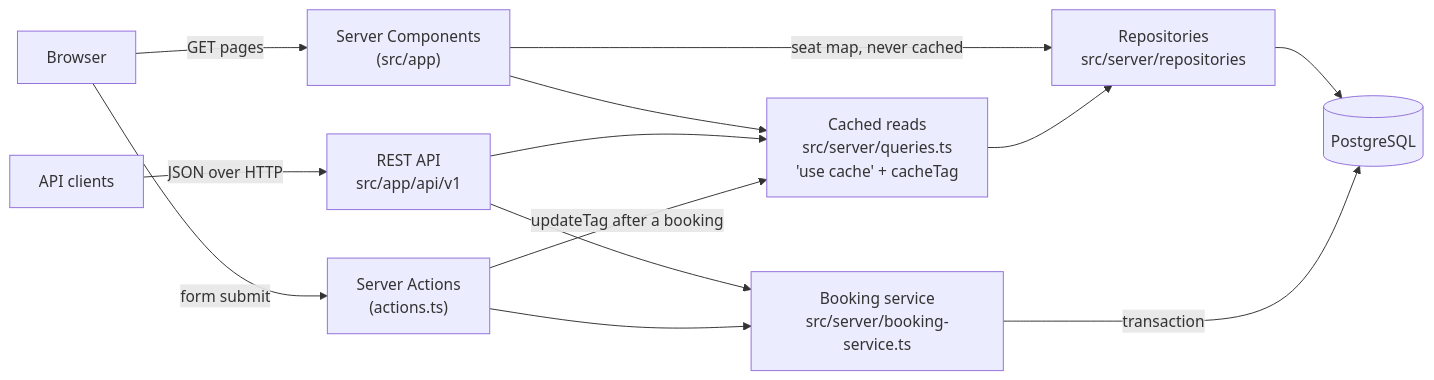
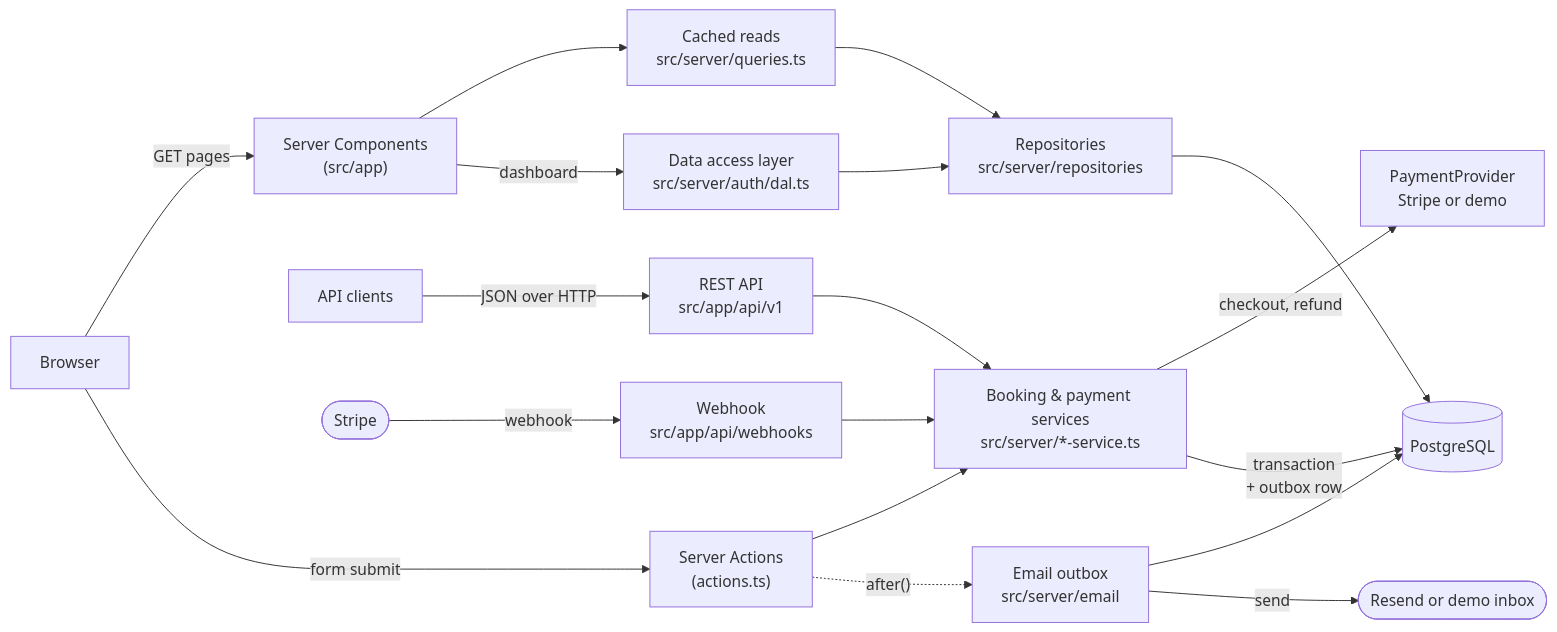
One commit to aliaksandr-yanchuk/event-booking-saas changed the diagram in README.md. Above: the diagram before and after it, drawn with Mermaid. The commit also changed other lines of this file and 6 other files, not shown here.

````diff
--- a/README.md
+++ b/README.md
@@ -51,15 +57,20 @@
 ```mermaid
 flowchart LR
   Browser -->|"GET pages"| Pages["Server Components<br/>(src/app)"]
   Browser -->|"form submit"| Actions["Server Actions<br/>(actions.ts)"]
   Client["API clients"] -->|"JSON over HTTP"| API["REST API<br/>src/app/api/v1"]
-  Pages --> Queries["Cached reads<br/>src/server/queries.ts<br/>'use cache' + cacheTag"]
-  Pages -->|"seat map, never cached"| Repos
-  API --> Queries
+  Stripe(["Stripe"]) -->|"webhook"| Webhook["Webhook<br/>src/app/api/webhooks"]
+  Pages --> Queries["Cached reads<br/>src/server/queries.ts"]
+  Pages -->|"dashboard"| DAL["Data access layer<br/>src/server/auth/dal.ts"]
   API --> Service
+  Actions --> Service["Booking & payment services<br/>src/server/*-service.ts"]
+  Webhook --> Service
+  DAL --> Repos
   Queries --> Repos["Repositories<br/>src/server/repositories"]
-  Actions --> Service["Booking service<br/>src/server/booking-service.ts"]
-  Actions -->|"updateTag after a booking"| Queries
-  Repos --> DB[(PostgreSQL)]
-  Service -->|"transaction"| DB
+  Service -->|"checkout, refund"| Payments["PaymentProvider<br/>Stripe or demo"]
+  Service -->|"transaction<br/>+ outbox row"| DB[(PostgreSQL)]
+  Repos --> DB
+  Actions -.->|"after()"| Outbox["Email outbox<br/>src/server/email"]
+  Outbox --> DB
+  Outbox -->|"send"| Mail(["Resend or demo inbox"])
 ```
````
